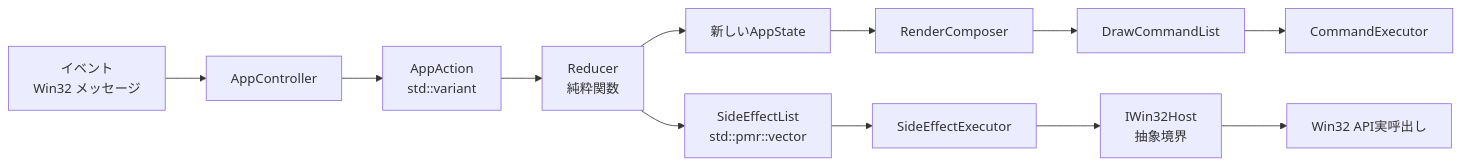
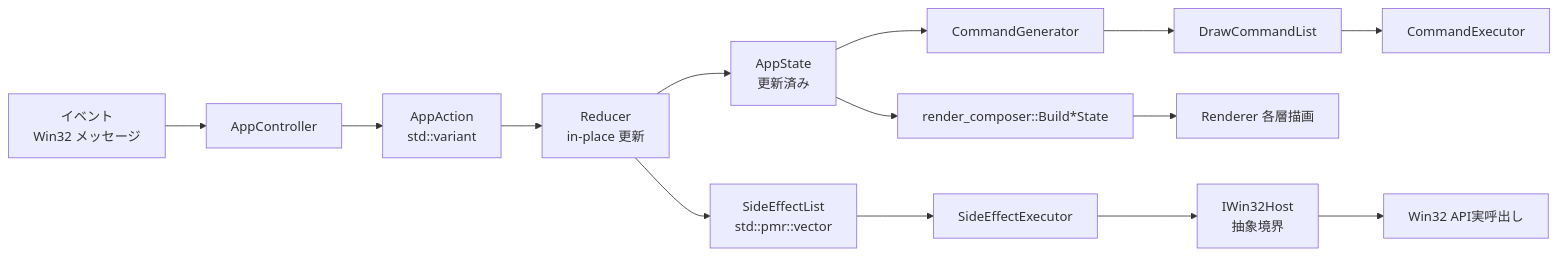
One commit to tanaton/mendo changed the second of 27 diagrams in example/test.md. Above: the diagram before and after it, drawn with Mermaid. The commit also changed other lines of this file, not shown here.

````diff
--- a/example/test.md
+++ b/example/test.md
@@ -109,14 +109,16 @@
 ```mermaid
 flowchart LR
     EVT[イベント<br>Win32 メッセージ] --> AC[AppController]
     AC --> ACTION[AppAction<br>std::variant]
-    ACTION --> RED[Reducer<br>純粋関数]
-    RED --> NEWST[新しいAppState]
+    ACTION --> RED[Reducer<br>in-place 更新]
+    RED --> ST[AppState<br>更新済み]
     RED --> EFF[SideEffectList<br>std::pmr::vector]
     EFF --> EXEC[SideEffectExecutor]
     EXEC --> HOST[IWin32Host<br>抽象境界]
     HOST --> WIN[Win32 API実呼出し]
-    NEWST --> RENDER[RenderComposer]
-    RENDER --> CMDS[DrawCommandList]
+    ST --> CG[CommandGenerator]
+    CG --> CMDS[DrawCommandList]
     CMDS --> CE[CommandExecutor]
+    ST --> RC[render_composer::Build*State]
+    RC --> RNDR[Renderer 各層描画]
 ```
````
